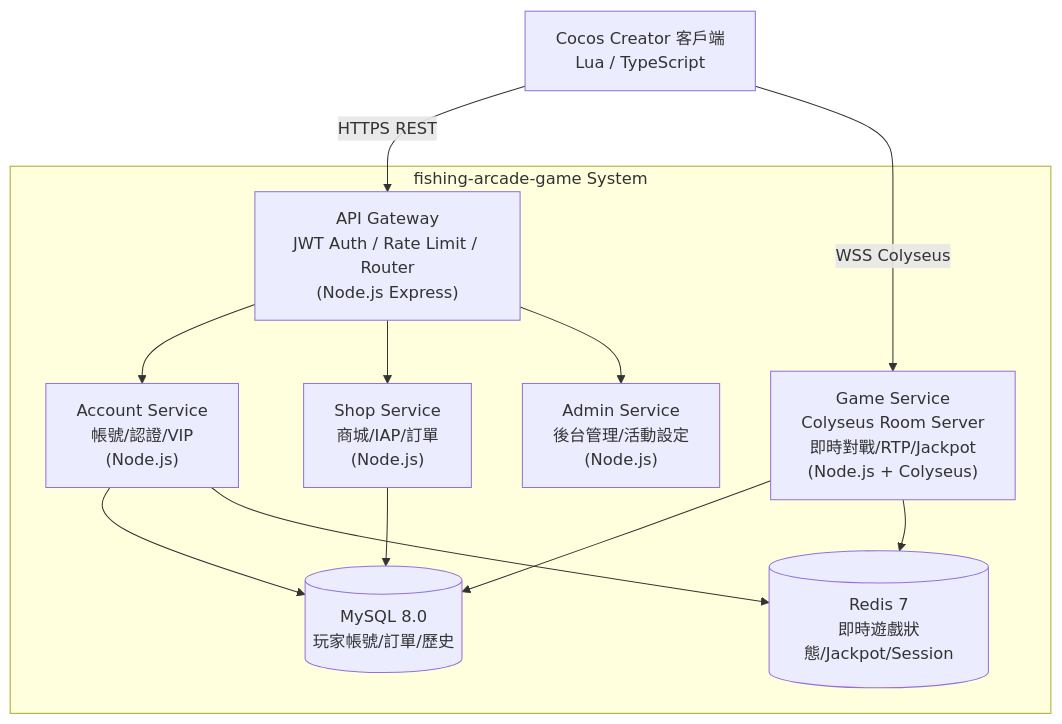
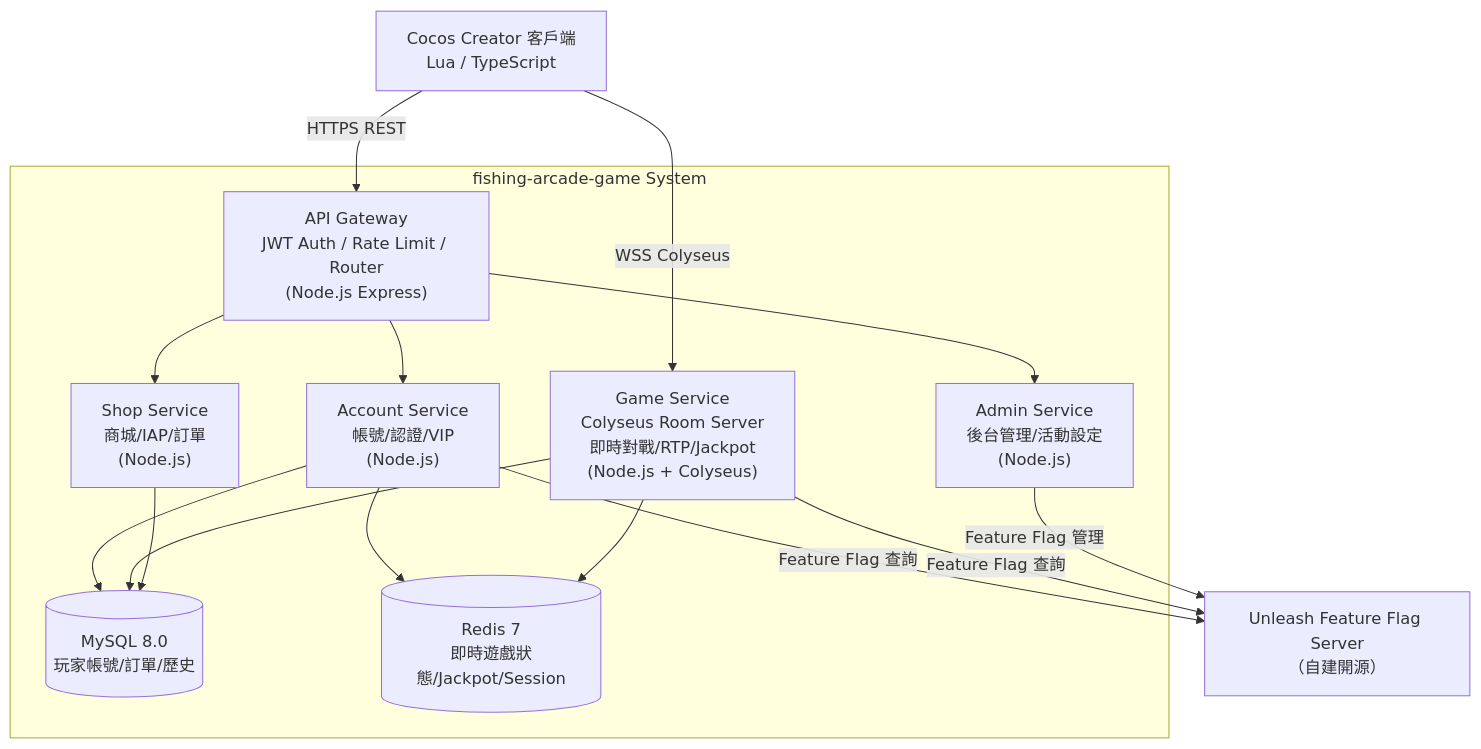
The second of 14 diagrams in docs/EDD.md (ibalasite/fishgame), drawn with Mermaid before and after one commit. The commit also changed other lines of this file, not shown here.

Commit message:
docs(gendoc)[D16-ALIGN-F]: docs — EDD §2.1/§2.2 補充 Push Notification 與 Unleash 節點
D1-C-2 [LOW]: EDD §2.1 C4 Level 1 圖補充 PushNotif（Firebase FCM）外部系統節點
  - 補充 FishGame → Firebase FCM 連線（Jackpot 廣播/系統通知）
  - 補充 Firebase FCM → Player 推送通知路徑
D1-C-1 [LOW]: EDD §2.2 Container 圖補充 Unleash Feature Flag Server 節點與三個服務連線
  - AccountSvc, GameSvc, AdminSvc → Unleash 各服務查詢/管理 Feature Flag 連線

````diff
--- a/docs/EDD.md
+++ b/docs/EDD.md
@@ -98,25 +101,29 @@
 ```mermaid
 graph TD
     CocosClient["Cocos Creator 客戶端\nLua / TypeScript"]
+    Unleash["Unleash Feature Flag Server\n（自建開源）"]
 
     subgraph FishGameSystem["fishing-arcade-game System"]
         APIGateway["API Gateway\nJWT Auth / Rate Limit / Router\n(Node.js Express)"]
         AccountSvc["Account Service\n帳號/認證/VIP\n(Node.js)"]
         GameSvc["Game Service\nColyseus Room Server\n即時對戰/RTP/Jackpot\n(Node.js + Colyseus)"]
         ShopSvc["Shop Service\n商城/IAP/訂單\n(Node.js)"]
         AdminSvc["Admin Service\n後台管理/活動設定\n(Node.js)"]
         MySQL[("MySQL 8.0\n玩家帳號/訂單/歷史")]
         Redis[("Redis 7\n即時遊戲狀態/Jackpot/Session")]
     end
 
     CocosClient -->|"HTTPS REST"| APIGateway
     CocosClient -->|"WSS Colyseus"| GameSvc
     APIGateway --> AccountSvc
     APIGateway --> ShopSvc
     APIGateway --> AdminSvc
     AccountSvc --> MySQL
     AccountSvc --> Redis
     GameSvc --> MySQL
     GameSvc --> Redis
     ShopSvc --> MySQL
+    AccountSvc -->|"Feature Flag 查詢"| Unleash
+    GameSvc -->|"Feature Flag 查詢"| Unleash
+    AdminSvc -->|"Feature Flag 管理"| Unleash
 ```
````
